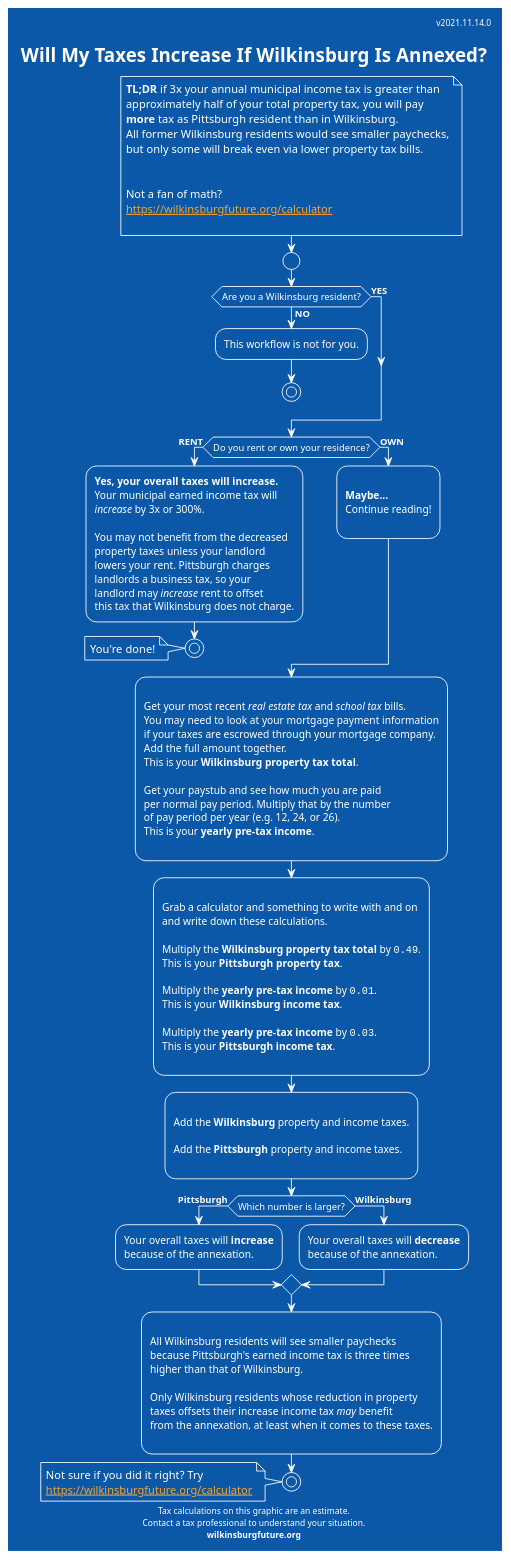
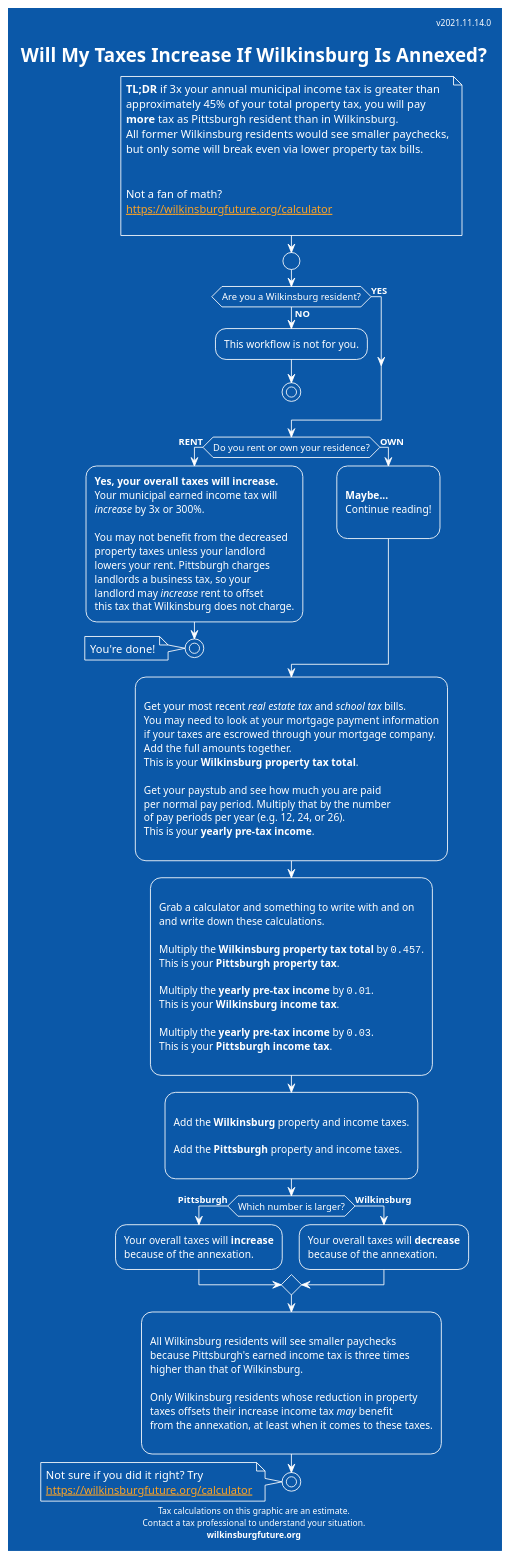
One commit to colindean/wilkinsburg_pittsburgh_merger_analysis changed the diagram in simple_workflow.puml. Above: the diagram before and after it, drawn with PlantUML.

Commit message:
Fix precision and plurals in workflow diagram

```diff
--- a/simple_workflow.puml
+++ b/simple_workflow.puml
@@ -1,118 +1,118 @@
 @startuml
 ' Best renderer online: https://planttext.com/
 ' Or use plantuml locally
 
 !theme amiga
 
 
 title Will My Taxes Increase If Wilkinsburg Is Annexed?
 header v2021.11.14.0
 footer
 Tax calculations on this graphic are an estimate.
 Contact a tax professional to understand your situation.
 **wilkinsburgfuture.org**
 end footer
 
 note
 **TL;DR** if 3x your annual municipal income tax is greater than
-approximately half of your total property tax, you will pay
+approximately 45% of your total property tax, you will pay
 **more** tax as Pittsburgh resident than in Wilkinsburg.
 All former Wilkinsburg residents would see smaller paychecks,
 but only some will break even via lower property tax bills.
 
 
 Not a fan of math? 
 [[https://wilkinsburgfuture.org/calculator]]
 
 end note
 
 start
 
 if (Are you a Wilkinsburg resident?) then (**YES**)
 
 else (**NO**)
   :This workflow is not for you.;
   stop
 endif
 
 if (Do you rent or own your residence?) then (**RENT**)
   :**Yes, your overall taxes will increase.**
 Your municipal earned income tax will
 //increase// by 3x or 300%.
 
 You may not benefit from the decreased
 property taxes unless your landlord
 lowers your rent. Pittsburgh charges
 landlords a business tax, so your
 landlord may //increase// rent to offset
 this tax that Wilkinsburg does not charge.;
   stop
   note left: You're done!
 
 else (**OWN**)
   :
   **Maybe...**
   Continue reading!
   ;
 endif
 
 :
 Get your most recent //real estate tax// and //school tax// bills.
 You may need to look at your mortgage payment information
 if your taxes are escrowed through your mortgage company.
-Add the full amount together.
+Add the full amounts together.
 This is your **Wilkinsburg property tax total**.
 
 Get your paystub and see how much you are paid
 per normal pay period. Multiply that by the number
-of pay period per year (e.g. 12, 24, or 26).
+of pay periods per year (e.g. 12, 24, or 26).
 This is your **yearly pre-tax income**.
 ;
 
 :
 Grab a calculator and something to write with and on
 and write down these calculations.
 
-Multiply the **Wilkinsburg property tax total** by ""0.49"".
+Multiply the **Wilkinsburg property tax total** by ""0.457"".
 This is your **Pittsburgh property tax**.
 
 Multiply the **yearly pre-tax income** by ""0.01"".
 This is your **Wilkinsburg income tax**.
 
 Multiply the **yearly pre-tax income** by ""0.03"".
 This is your **Pittsburgh income tax**.
 ;
 
 :
 Add the **Wilkinsburg** property and income taxes.
 
 Add the **Pittsburgh** property and income taxes.
 ;
 
 
 if (Which number is larger?) then (**Pittsburgh**)
   :Your overall taxes will **increase**
 because of the annexation.;
 else (**Wilkinsburg**)
   :Your overall taxes will **decrease**
 because of the annexation.;
 endif
 
 :
 All Wilkinsburg residents will see smaller paychecks
 because Pittsburgh's earned income tax is three times
 higher than that of Wilkinsburg.
 
 Only Wilkinsburg residents whose reduction in property
 taxes offsets their increase income tax //may// benefit
 from the annexation, at least when it comes to these taxes.
 ;
 
 stop
 
 note
 Not sure if you did it right? Try
 [[https://wilkinsburgfuture.org/calculator]]
 end note
 
 @enduml
```
